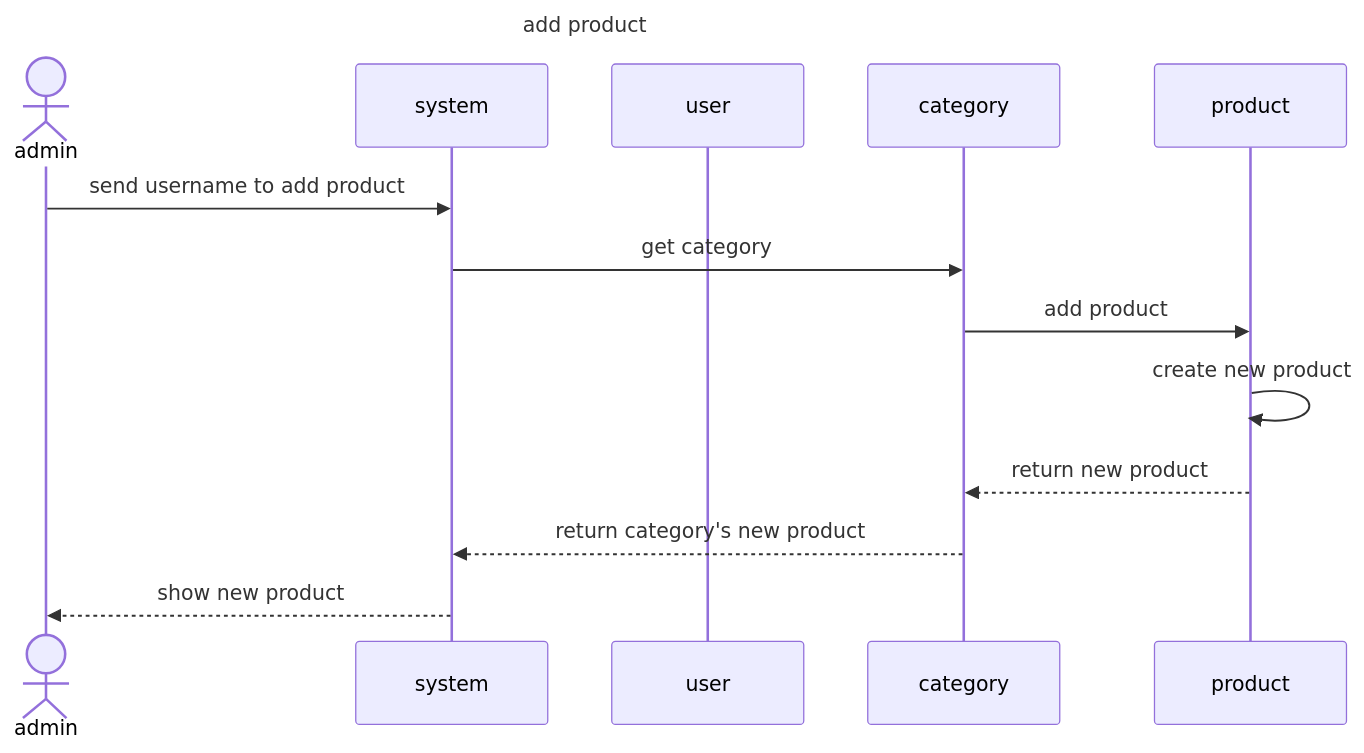
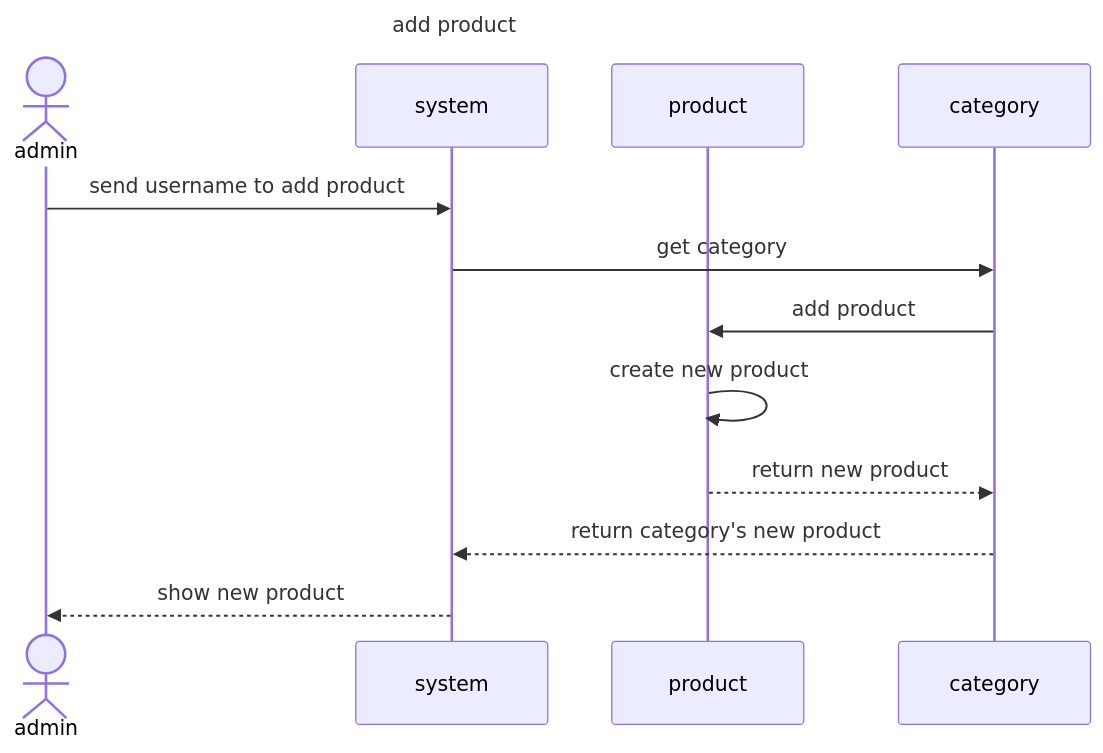
One commit to MxMhx/OOP_Project_MK_website changed the diagram in sequence_diag/admin/add product.mmd. Above: the diagram before and after it, drawn with Mermaid. The commit also changed 1 other file, not shown here.

Commit message:
fix sq add product

```diff
--- a/sequence_diag/admin/add product.mmd
+++ b/sequence_diag/admin/add product.mmd
@@ -1,13 +1,13 @@
 sequenceDiagram
     title add product
     actor admin
     participant system
-    participant user
+    participant product
     participant category
     admin ->> system: send username to add product
     system ->> category:get category
     category ->> product:add product
     product ->> product:create new product
     product -->> category:return new product
     category -->> system:return category's new product
     system -->> admin:show new product
```
